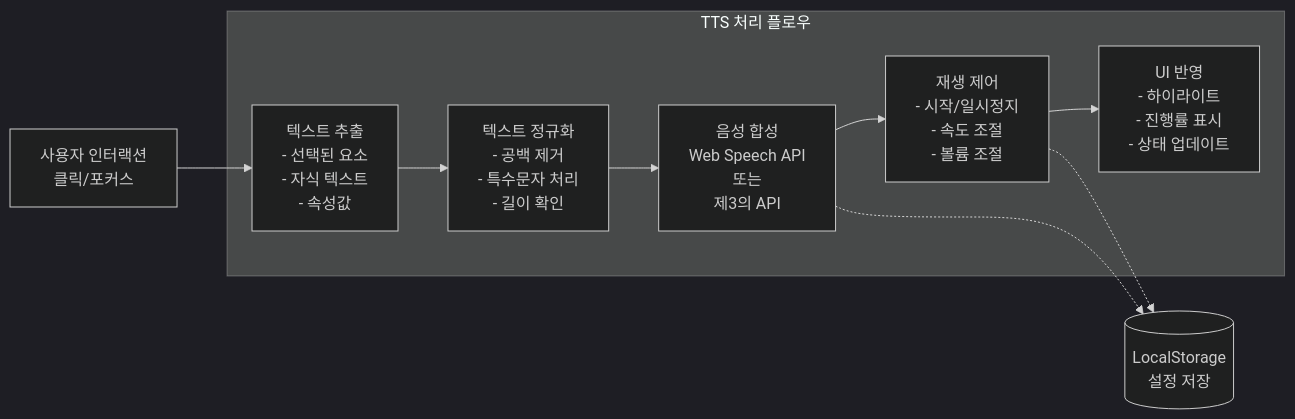
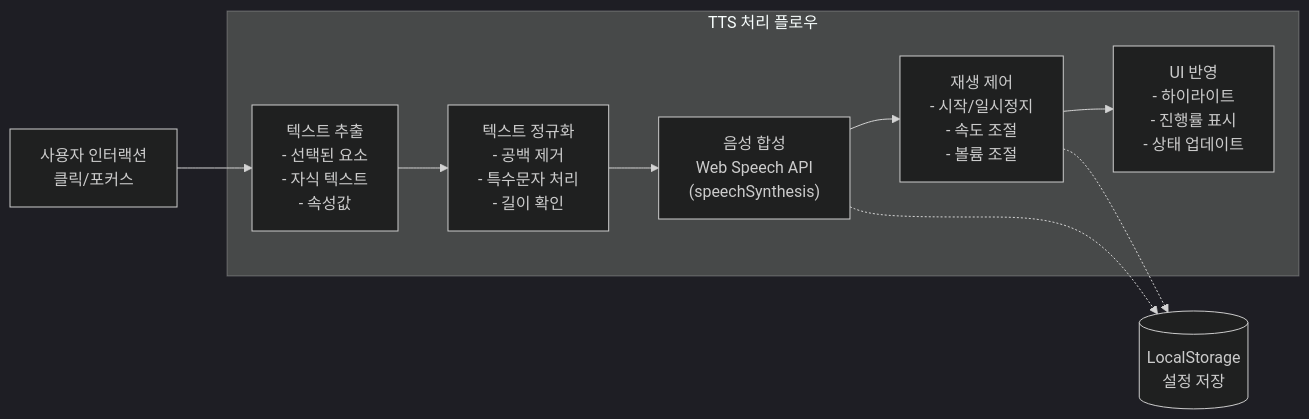
One commit to Daegu-Cyber-University/ModuWeb changed the third of 7 diagrams in ARCHITECTURE.md. Above: the diagram before and after it, drawn with Mermaid (dark theme). The commit also changed other lines of this file and 3 other files, not shown here.

First line of the commit message:
Docs: README·ARCHITECTURE의 브라우저 지원·이벤트·소스 구조를 코드에 맞춤

````diff
--- a/ARCHITECTURE.md
+++ b/ARCHITECTURE.md
@@ -123,19 +123,19 @@
 ```mermaid
 graph LR
     USER["사용자 인터랙션<br/>클릭/포커스"]
     
     subgraph TTS["TTS 처리 플로우"]
         T1["텍스트 추출<br/>- 선택된 요소<br/>- 자식 텍스트<br/>- 속성값"]
         T2["텍스트 정규화<br/>- 공백 제거<br/>- 특수문자 처리<br/>- 길이 확인"]
-        T3["음성 합성<br/>Web Speech API<br/>또는<br/>제3의 API"]
+        T3["음성 합성<br/>Web Speech API<br/>(speechSynthesis)"]
         T4["재생 제어<br/>- 시작/일시정지<br/>- 속도 조절<br/>- 볼륨 조절"]
         T5["UI 반영<br/>- 하이라이트<br/>- 진행률 표시<br/>- 상태 업데이트"]
     end
     
     STORAGE[("LocalStorage<br/>설정 저장")]
     
     USER --> T1 --> T2 --> T3 --> T4 --> T5
     T3 -.-> STORAGE
     T4 -.-> STORAGE
 
 ```
````
